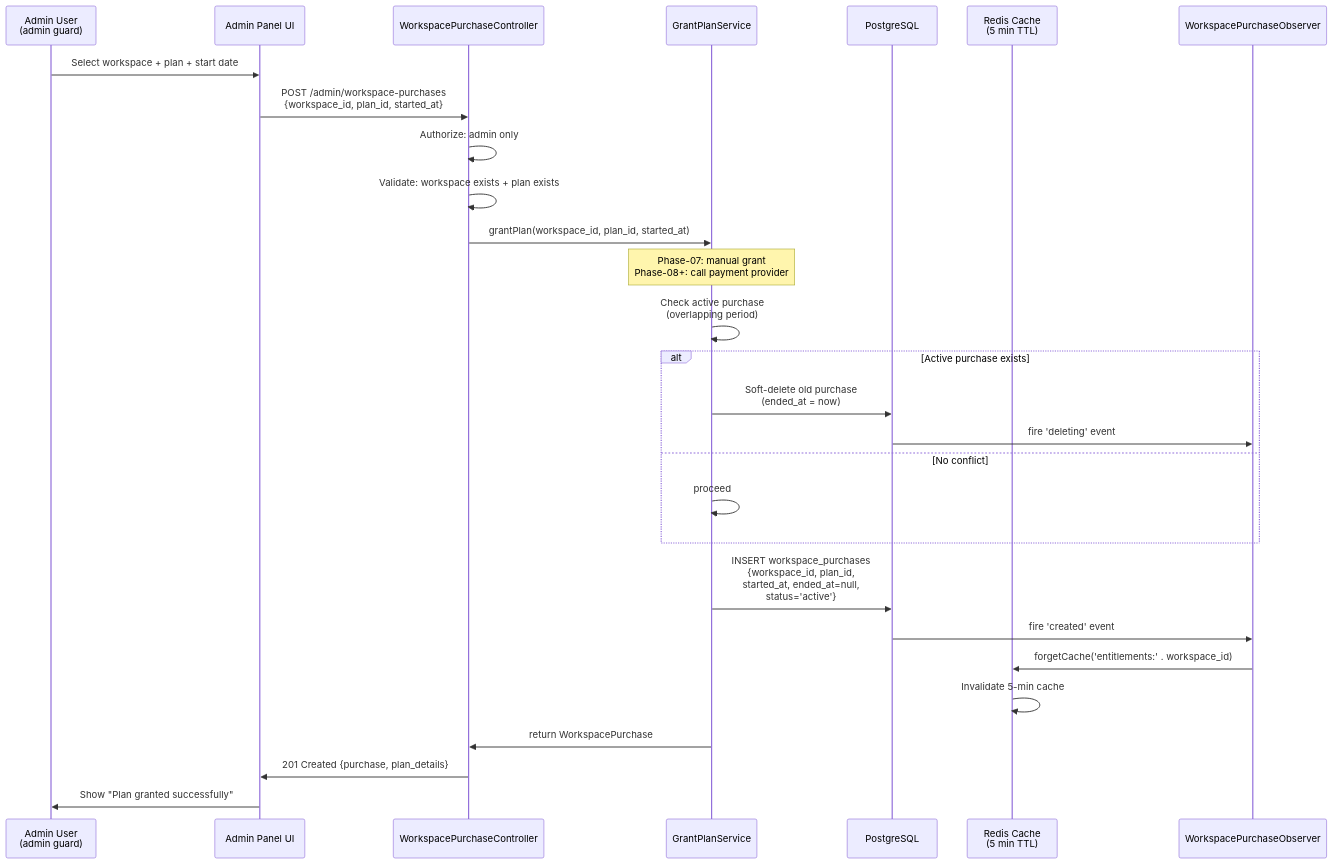
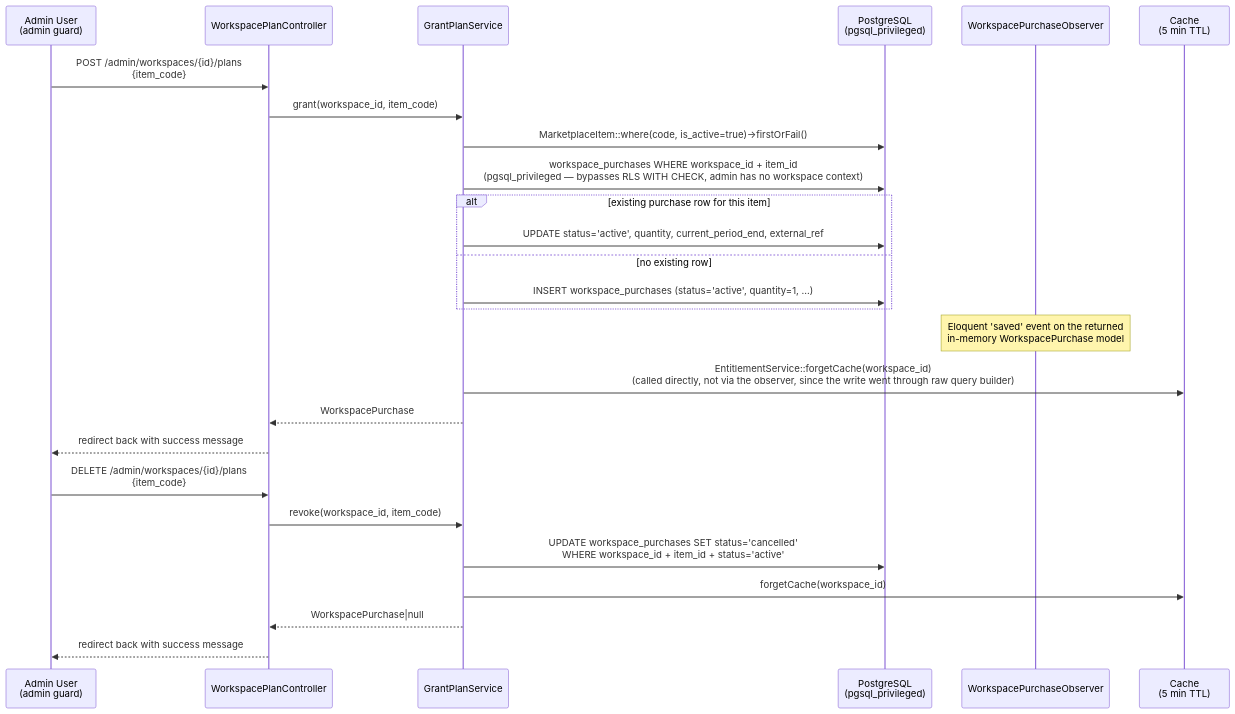
The first of 2 diagrams in docs/features/messaging/plan-entitlements-grant.md (locdev-2001/yona), drawn with Mermaid before and after one commit. The commit also changed other lines of this file and 292 other files, not shown here.

````diff
--- a/docs/features/messaging/plan-entitlements-grant.md
+++ b/docs/features/messaging/plan-entitlements-grant.md
@@ -35,38 +35,34 @@
 ```mermaid
 sequenceDiagram
     participant Admin as Admin User<br/>(admin guard)
-    participant AdminPanel as Admin Panel UI
-    participant Controller as WorkspacePurchaseController
+    participant Controller as WorkspacePlanController
     participant GrantSvc as GrantPlanService
-    participant DB as PostgreSQL
-    participant Cache as Redis Cache<br/>(5 min TTL)
+    participant DB as PostgreSQL<br/>(pgsql_privileged)
     participant Observer as WorkspacePurchaseObserver
+    participant Cache as Cache<br/>(5 min TTL)
 
-    Admin->>AdminPanel: Select workspace + plan + start date
-    AdminPanel->>Controller: POST /admin/workspace-purchases<br/>{workspace_id, plan_id, started_at}
-    
-    Controller->>Controller: Authorize: admin only
-    Controller->>Controller: Validate: workspace exists + plan exists
-    
-    Controller->>GrantSvc: grantPlan(workspace_id, plan_id, started_at)
-    
-    Note over GrantSvc: Phase-07: manual grant<br/>Phase-08+: call payment provider
-    
-    GrantSvc->>GrantSvc: Check active purchase<br/>(overlapping period)
-    alt Active purchase exists
-        GrantSvc->>DB: Soft-delete old purchase<br/>(ended_at = now)
-        DB->>Observer: fire 'deleting' event
-    else No conflict
-        GrantSvc->>GrantSvc: proceed
+    Admin->>Controller: POST /admin/workspaces/{id}/plans<br/>{item_code}
+    Controller->>GrantSvc: grant(workspace_id, item_code)
+
+    GrantSvc->>DB: MarketplaceItem::where(code, is_active=true)->firstOrFail()
+    GrantSvc->>DB: workspace_purchases WHERE workspace_id + item_id<br/>(pgsql_privileged — bypasses RLS WITH CHECK, admin has no workspace context)
+
+    alt existing purchase row for this item
+        GrantSvc->>DB: UPDATE status='active', quantity, current_period_end, external_ref
+    else no existing row
+        GrantSvc->>DB: INSERT workspace_purchases (status='active', quantity=1, ...)
     end
-    
-    GrantSvc->>DB: INSERT workspace_purchases<br/>{workspace_id, plan_id,<br/>started_at, ended_at=null,<br/>status='active'}
-    DB->>Observer: fire 'created' event
-    Observer->>Cache: forgetCache('entitlements:' . workspace_id)
-    Cache->>Cache: Invalidate 5-min cache
-    
-    GrantSvc->>Controller: return WorkspacePurchase
-    Controller->>AdminPanel: 201 Created {purchase, plan_details}
-    AdminPanel->>Admin: Show "Plan granted successfully"
 
+    Note over Observer: Eloquent 'saved' event on the returned<br/>in-memory WorkspacePurchase model
+    GrantSvc->>Cache: EntitlementService::forgetCache(workspace_id)<br/>(called directly, not via the observer, since the write went through raw query builder)
+
+    GrantSvc-->>Controller: WorkspacePurchase
+    Controller-->>Admin: redirect back with success message
+
+    Admin->>Controller: DELETE /admin/workspaces/{id}/plans<br/>{item_code}
+    Controller->>GrantSvc: revoke(workspace_id, item_code)
+    GrantSvc->>DB: UPDATE workspace_purchases SET status='cancelled'<br/>WHERE workspace_id + item_id + status='active'
+    GrantSvc->>Cache: forgetCache(workspace_id)
+    GrantSvc-->>Controller: WorkspacePurchase|null
+    Controller-->>Admin: redirect back with success message
 ```
````
